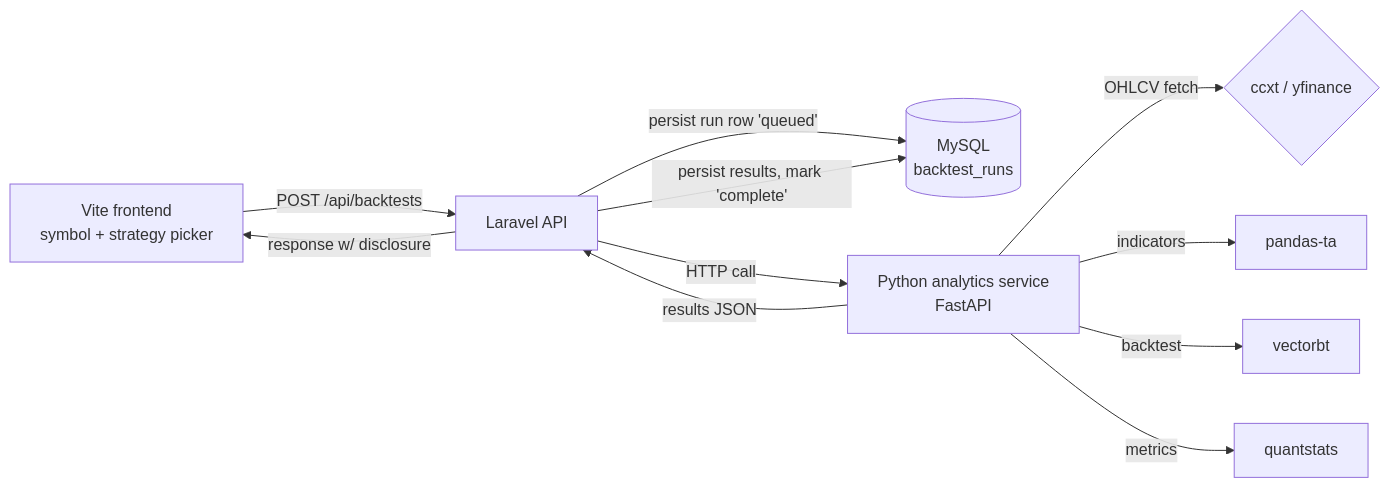
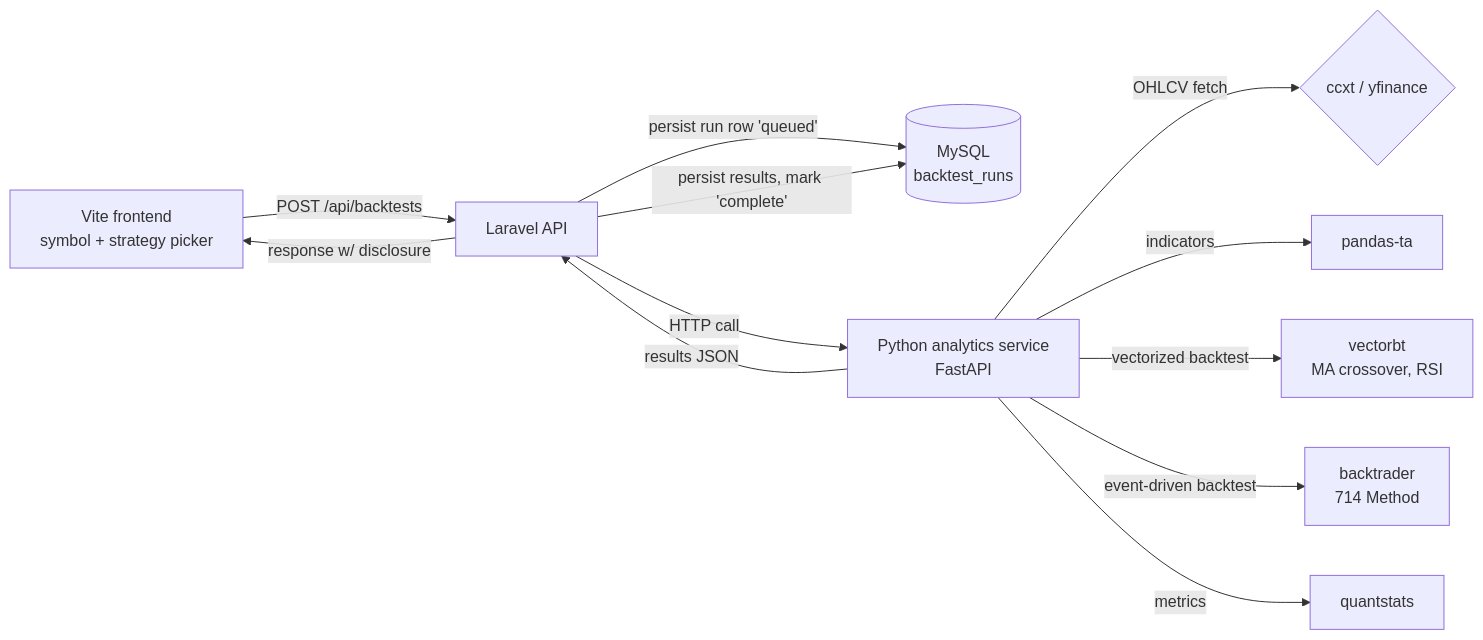
One commit to sakhilebhayi/Dot.Charts changed the diagram in docs/superpowers/specs/2026-08-08-backtesting-engine-design.md. Above: the diagram before and after it, drawn with Mermaid. The commit also changed other lines of this file, not shown here.

First line of the commit message:
docs: add 714 Method strategy preset to backtesting engine design

````diff
--- a/docs/superpowers/specs/2026-08-08-backtesting-engine-design.md
+++ b/docs/superpowers/specs/2026-08-08-backtesting-engine-design.md
@@ -63,13 +70,14 @@
 ```mermaid
 flowchart LR
     UI[Vite frontend\nsymbol + strategy picker] -->|POST /api/backtests| L[Laravel API]
     L -->|persist run row 'queued'| DB[(MySQL\nbacktest_runs)]
     L -->|HTTP call| PY[Python analytics service\nFastAPI]
     PY -->|OHLCV fetch| DATA{ccxt / yfinance}
     PY -->|indicators| TA[pandas-ta]
-    PY -->|backtest| VBT[vectorbt]
+    PY -->|vectorized backtest| VBT[vectorbt\nMA crossover, RSI]
+    PY -->|event-driven backtest| BT[backtrader\n714 Method]
     PY -->|metrics| QS[quantstats]
     PY -->|results JSON| L
     L -->|persist results, mark 'complete'| DB
     L -->|response w/ disclosure| UI
 ```
````
